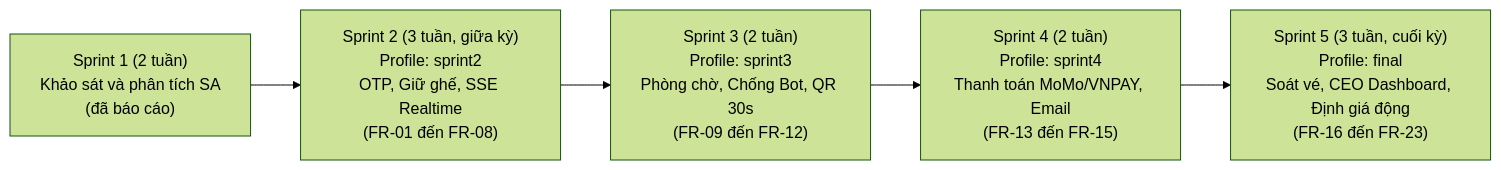
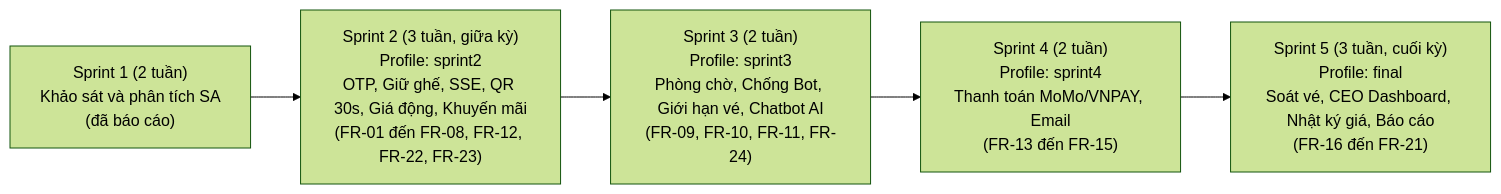
One commit to nhansp/COSH301 changed the second of 2 diagrams in docs/BAO_CAO_CUOI_CUNG_COSH301.md. Above: the diagram before and after it, drawn with Mermaid (forest theme). The commit also changed other lines of this file and 12 other files, not shown here.

First line of the commit message:
docs: Align specs, diagrams, and report with Sprint 2-3 feature flags

````diff
--- a/docs/BAO_CAO_CUOI_CUNG_COSH301.md
+++ b/docs/BAO_CAO_CUOI_CUNG_COSH301.md
@@ -596,7 +598,7 @@
 ```mermaid
 flowchart LR
-    S1["Sprint 1 (2 tuần)<br/>Khảo sát và phân tích SA<br/>(đã báo cáo)"] --> S2["Sprint 2 (3 tuần, giữa kỳ)<br/>Profile: sprint2<br/>OTP, Giữ ghế, SSE Realtime<br/>(FR-01 đến FR-08)"]
-    S2 --> S3["Sprint 3 (2 tuần)<br/>Profile: sprint3<br/>Phòng chờ, Chống Bot, QR 30s<br/>(FR-09 đến FR-12)"]
+    S1["Sprint 1 (2 tuần)<br/>Khảo sát và phân tích SA<br/>(đã báo cáo)"] --> S2["Sprint 2 (3 tuần, giữa kỳ)<br/>Profile: sprint2<br/>OTP, Giữ ghế, SSE, QR 30s, Giá động, Khuyến mãi<br/>(FR-01 đến FR-08, FR-12, FR-22, FR-23)"]
+    S2 --> S3["Sprint 3 (2 tuần)<br/>Profile: sprint3<br/>Phòng chờ, Chống Bot, Giới hạn vé, Chatbot AI<br/>(FR-09, FR-10, FR-11, FR-24)"]
     S3 --> S4["Sprint 4 (2 tuần)<br/>Profile: sprint4<br/>Thanh toán MoMo/VNPAY, Email<br/>(FR-13 đến FR-15)"]
-    S4 --> S5["Sprint 5 (3 tuần, cuối kỳ)<br/>Profile: final<br/>Soát vé, CEO Dashboard, Định giá động<br/>(FR-16 đến FR-23)"]
+    S4 --> S5["Sprint 5 (3 tuần, cuối kỳ)<br/>Profile: final<br/>Soát vé, CEO Dashboard, Nhật ký giá, Báo cáo<br/>(FR-16 đến FR-21)"]
 ```
````
